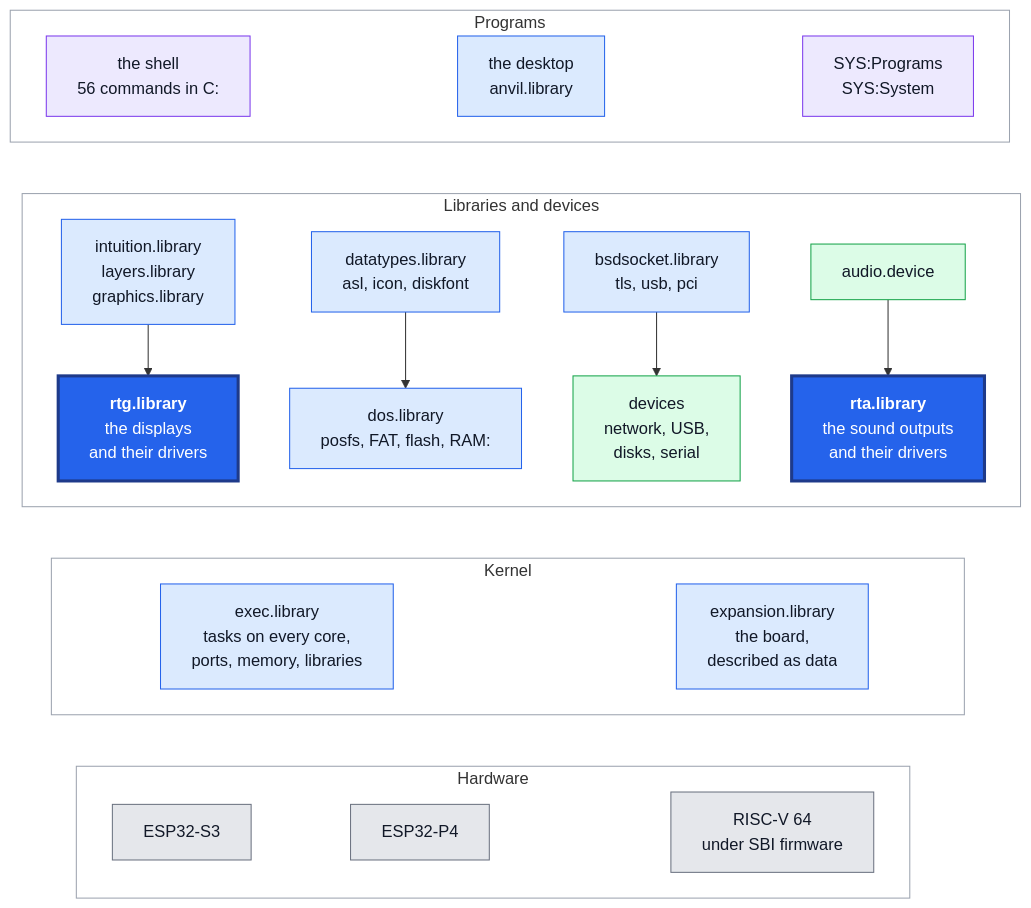
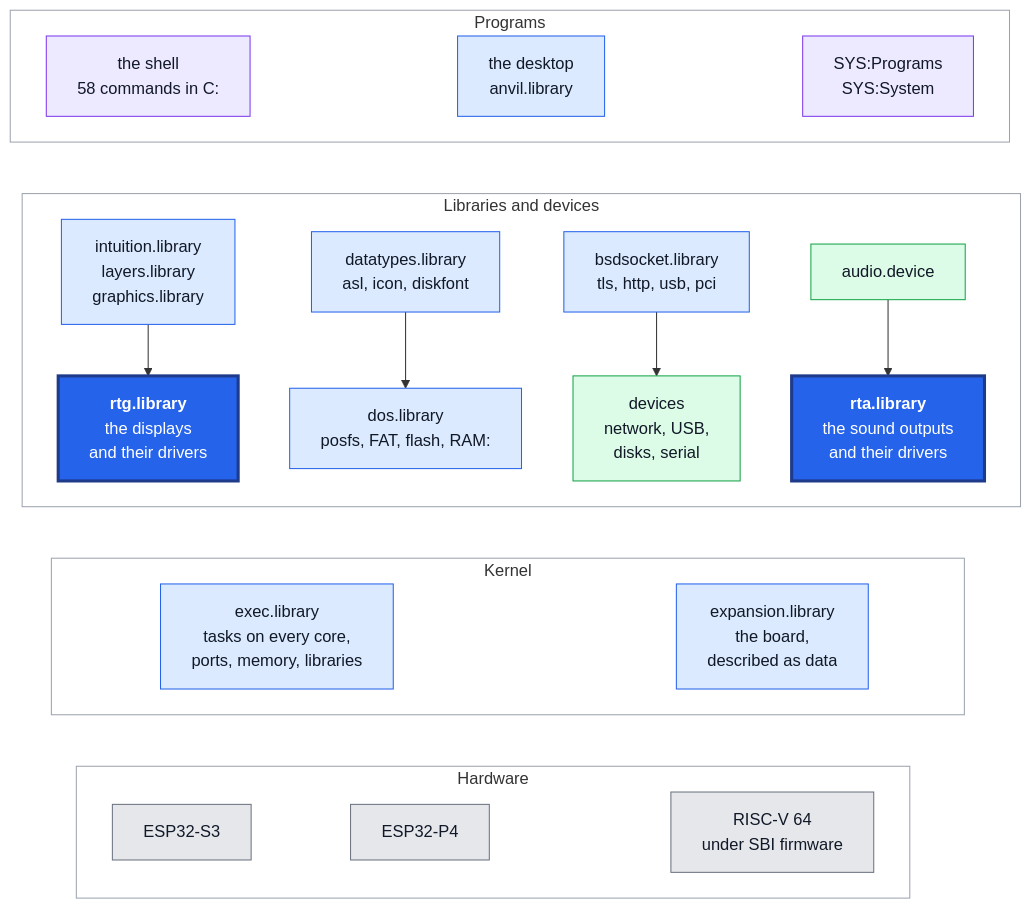
The diagram in README.md (cycl0ne/poweros_esp32), drawn with Mermaid before and after one commit. The commit also changed other lines of this file and 142 other files, not shown here.

````diff
--- a/README.md
+++ b/README.md
@@ -81,62 +81,62 @@
 ```mermaid
 flowchart TB
     subgraph m_programs ["Programs"]
-        m_shell["the shell<br/>56 commands in C:"]
+        m_shell["the shell<br/>58 commands in C:"]
         m_desktop["the desktop<br/>anvil.library"]
         m_apps["SYS:Programs<br/>SYS:System"]
     end
 
     subgraph m_modules ["Libraries and devices"]
         m_intuition["intuition.library<br/>layers.library<br/>graphics.library"]
         m_datatypes["datatypes.library<br/>asl, icon, diskfont"]
-        m_network["bsdsocket.library<br/>tls, usb, pci"]
+        m_network["bsdsocket.library<br/>tls, http, usb, pci"]
         m_audio["audio.device"]
         m_rtg["<b>rtg.library</b><br/>the displays<br/>and their drivers"]
         m_dos["dos.library<br/>posfs, FAT, flash, RAM:"]
         m_devices["devices<br/>network, USB,<br/>disks, serial"]
         m_rta["<b>rta.library</b><br/>the sound outputs<br/>and their drivers"]
     end
 
     subgraph m_kernel ["Kernel"]
         m_exec["exec.library<br/>tasks on every core,<br/>ports, memory, libraries"]
         m_expansion["expansion.library<br/>the board,<br/>described as data"]
     end
 
     subgraph m_hardware ["Hardware"]
         m_s3["ESP32-S3"]
         m_p4["ESP32-P4"]
         m_rv64["RISC-V 64<br/>under SBI firmware"]
     end
 
     m_intuition --> m_rtg
     m_datatypes --> m_dos
     m_network --> m_devices
     m_audio --> m_rta
 
     m_shell ~~~ m_intuition
     m_desktop ~~~ m_datatypes
     m_desktop ~~~ m_network
     m_apps ~~~ m_audio
     m_rtg ~~~ m_exec
     m_dos ~~~ m_exec
     m_devices ~~~ m_expansion
     m_rta ~~~ m_expansion
     m_exec ~~~ m_s3
     m_exec ~~~ m_p4
     m_expansion ~~~ m_rv64
 
     classDef prog fill:#ede9fe,stroke:#7c3aed,color:#111827
     class m_shell,m_apps prog
     classDef lib fill:#dbeafe,stroke:#2563eb,color:#111827
     class m_desktop,m_intuition,m_datatypes,m_network,m_dos,m_exec,m_expansion lib
     classDef dev fill:#dcfce7,stroke:#16a34a,color:#111827
     class m_audio,m_devices dev
     classDef key fill:#2563eb,stroke:#1e3a8a,stroke-width:3px,color:#ffffff
     class m_rtg,m_rta key
     classDef chip fill:#e5e7eb,stroke:#6b7280,color:#111827
     class m_s3,m_p4,m_rv64 chip
     style m_programs fill:none,stroke:#9ca3af
     style m_modules fill:none,stroke:#9ca3af
     style m_kernel fill:none,stroke:#9ca3af
     style m_hardware fill:none,stroke:#9ca3af
 ```
````
